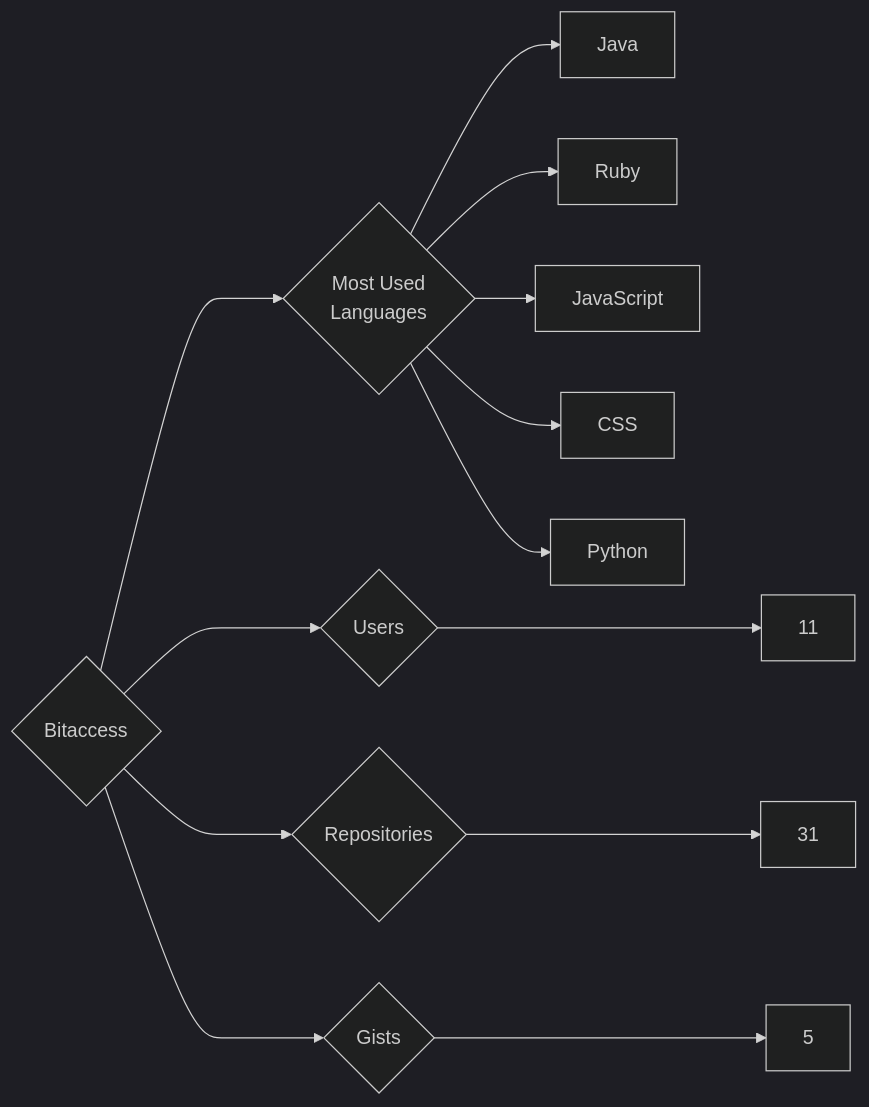
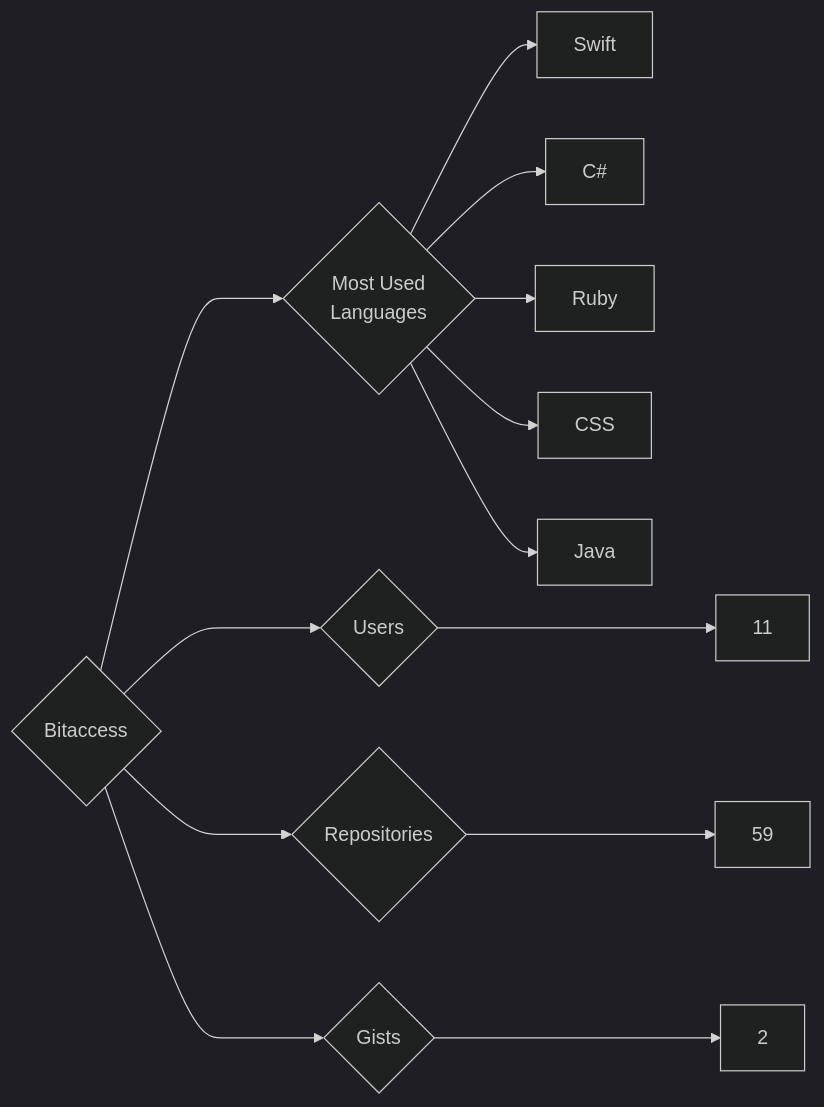
One commit to trickest/insiders changed the diagram in targets/Bitaccess/README.md. Above: the diagram before and after it, drawn with Mermaid (dark theme). The commit also changed 1123 other files, not shown here.

````diff
--- a/targets/Bitaccess/README.md
+++ b/targets/Bitaccess/README.md
@@ -3,13 +3,13 @@
 ```mermaid
 graph LR
 COMPANY_NAME{Bitaccess}
 COMPANY_NAME ---> U{Users} ---> UN[11]
-COMPANY_NAME ---> R{Repositories} ---> RN[31]
-COMPANY_NAME ---> G{Gists} ---> GN[5]
+COMPANY_NAME ---> R{Repositories} ---> RN[59]
+COMPANY_NAME ---> G{Gists} ---> GN[2]
 COMPANY_NAME ---> ML{Most Used<br>Languages}
+ML --> Swift[Swift]
+ML --> C#[C#]
+ML --> Ruby[Ruby]
+ML --> CSS[CSS]
 ML --> Java[Java]
-ML --> Ruby[Ruby]
-ML --> JavaScript[JavaScript]
-ML --> CSS[CSS]
-ML --> Python[Python]
 ```
````
